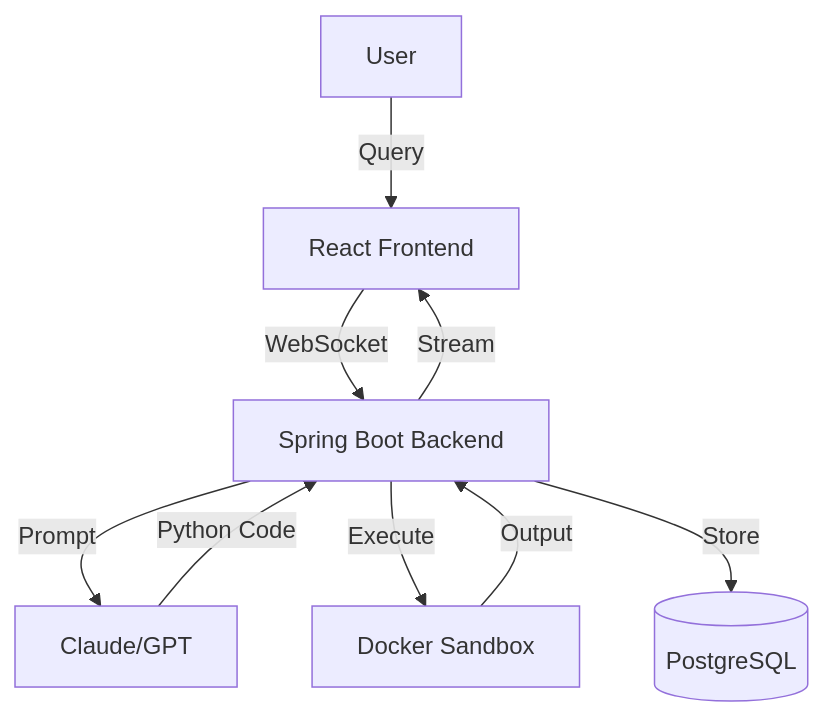
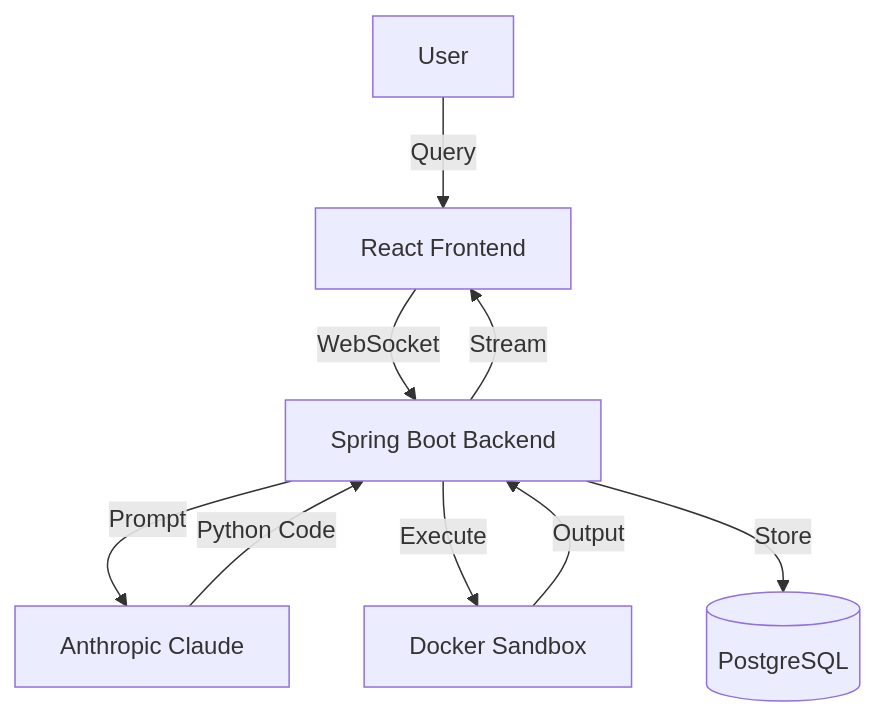
The diagram in README.md (maheshyaddanapudi/MY-Manus), drawn with Mermaid before and after one commit. The commit also changed other lines of this file and 5 other files, not shown here.

````diff
--- a/README.md
+++ b/README.md
@@ -33,11 +31,11 @@
 ```mermaid
 graph TB
     User[User] -->|Query| UI[React Frontend]
     UI -->|WebSocket| Backend[Spring Boot Backend]
-    Backend -->|Prompt| LLM[Claude/GPT]
+    Backend -->|Prompt| LLM[Anthropic Claude]
     LLM -->|Python Code| Backend
     Backend -->|Execute| Sandbox[Docker Sandbox]
     Sandbox -->|Output| Backend
     Backend -->|Stream| UI
     Backend -->|Store| DB[(PostgreSQL)]
 ```
````
